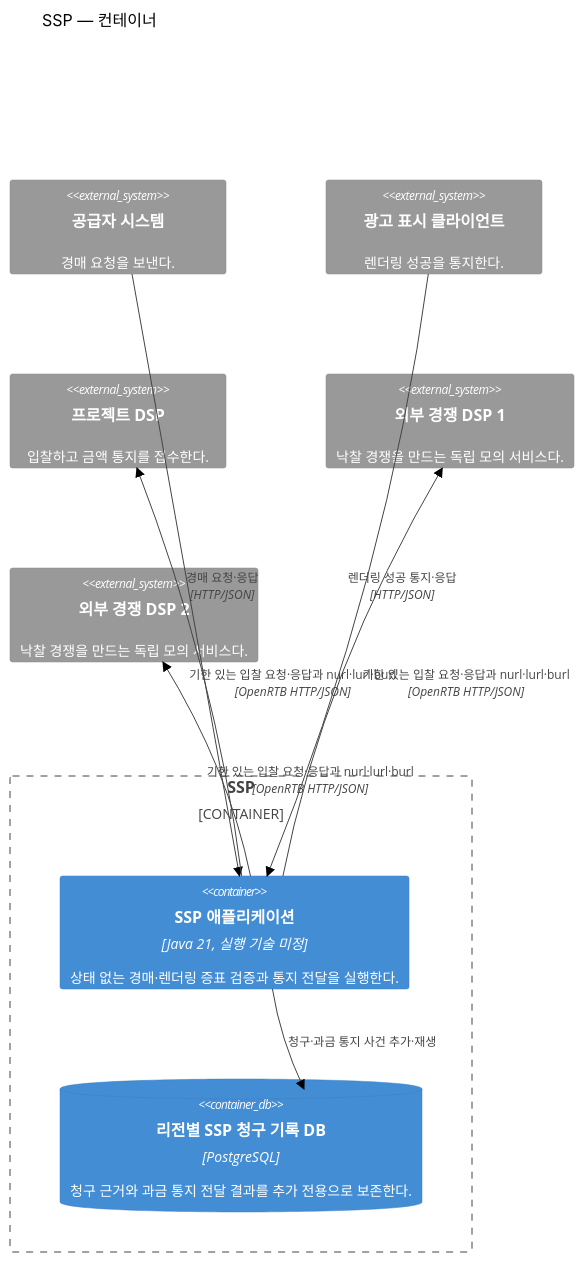
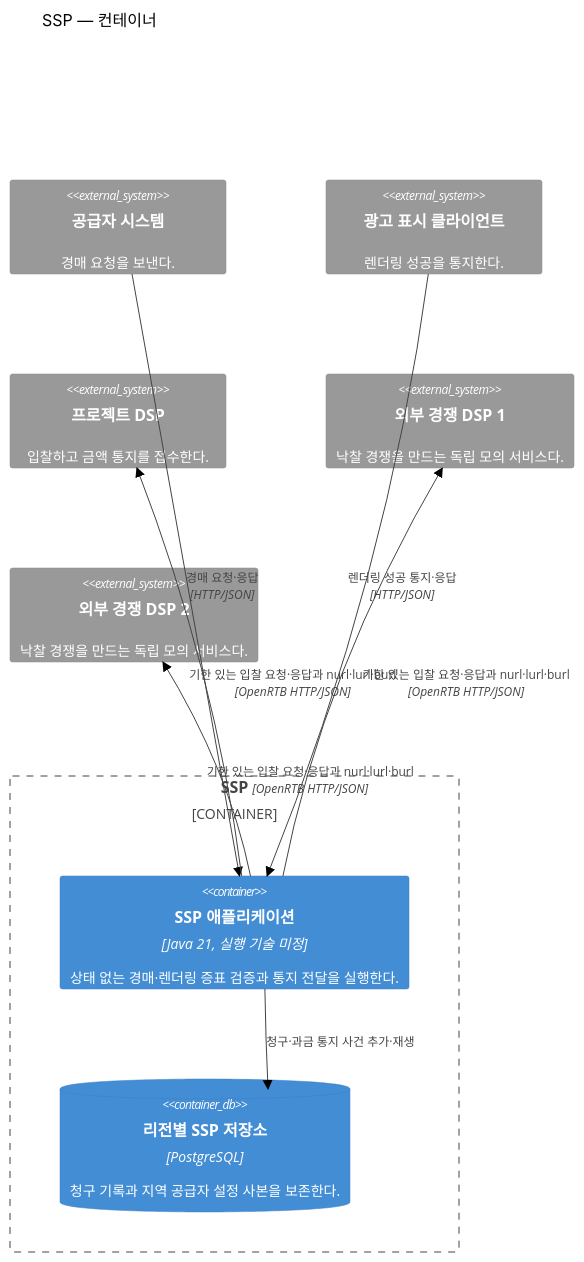
The diagram in docs/architecture/views/ssp-containers.md (bbororo5/OpenRTB-Ads-auction), drawn with Mermaid (neutral theme) before and after one commit. The commit also changed other lines of this file and 6 other files, not shown here.

Commit message:
docs: define regional provider configuration flow

````diff
--- a/docs/architecture/views/ssp-containers.md
+++ b/docs/architecture/views/ssp-containers.md
@@ -7,24 +7,24 @@
 ```mermaid
 C4Container
     title SSP — 컨테이너
 
     System_Ext(supplier, "공급자 시스템", "경매 요청을 보낸다.")
     System_Ext(ad_client, "광고 표시 클라이언트", "렌더링 성공을 통지한다.")
     System_Ext(project_dsp, "프로젝트 DSP", "입찰하고 금액 통지를 접수한다.")
     System_Ext(external_dsp_1, "외부 경쟁 DSP 1", "낙찰 경쟁을 만드는 독립 모의 서비스다.")
     System_Ext(external_dsp_2, "외부 경쟁 DSP 2", "낙찰 경쟁을 만드는 독립 모의 서비스다.")
 
     Container_Boundary(ssp, "SSP") {
         Container(ssp_application, "SSP 애플리케이션", "Java 21, 실행 기술 미정", "상태 없는 경매·렌더링 증표 검증과 통지 전달을 실행한다.")
-        ContainerDb(ssp_store, "리전별 SSP 청구 기록 DB", "PostgreSQL", "청구 근거와 과금 통지 전달 결과를 추가 전용으로 보존한다.")
+        ContainerDb(ssp_store, "리전별 SSP 저장소", "PostgreSQL", "청구 기록과 지역 공급자 설정 사본을 보존한다.")
     }
 
     Rel(supplier, ssp_application, "경매 요청·응답", "HTTP/JSON")
     Rel(ad_client, ssp_application, "렌더링 성공 통지·응답", "HTTP/JSON")
     Rel(ssp_application, project_dsp, "기한 있는 입찰 요청·응답과 nurl·lurl·burl", "OpenRTB HTTP/JSON")
     Rel(ssp_application, external_dsp_1, "기한 있는 입찰 요청·응답과 nurl·lurl·burl", "OpenRTB HTTP/JSON")
     Rel(ssp_application, external_dsp_2, "기한 있는 입찰 요청·응답과 nurl·lurl·burl", "OpenRTB HTTP/JSON")
     Rel(ssp_application, ssp_store, "청구·과금 통지 사건 추가·재생")
 
     UpdateLayoutConfig($c4ShapeInRow="3", $c4BoundaryInRow="1")
 ```
````
